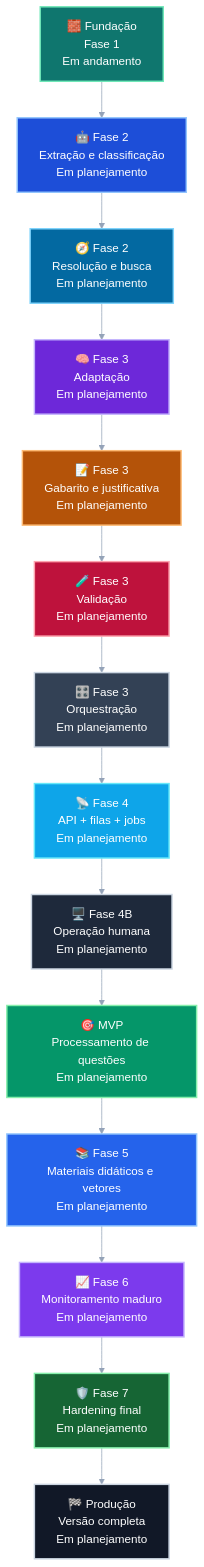
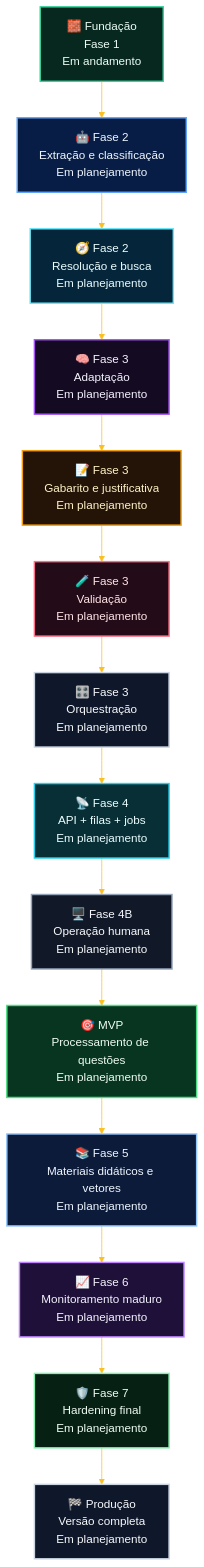
Before and after one commit to matheusdiamantino-betalent/IA: the sixth of 9 diagrams in README.md, drawn with Mermaid. The commit also changed other lines of this file, not shown here.

````diff
--- a/README.md
+++ b/README.md
@@ -791,73 +819,45 @@
 ```mermaid
-%%{init: {
-  "theme": "base",
-  "themeVariables": {
-    "background": "#06121f",
-    "primaryColor": "#0f172a",
-    "primaryTextColor": "#e5eefb",
-    "primaryBorderColor": "#f59e0b",
-    "secondaryColor": "#111827",
-    "secondaryTextColor": "#e5eefb",
-    "tertiaryColor": "#0b1220",
-    "tertiaryTextColor": "#e5eefb",
-    "lineColor": "#94a3b8"
-  }
-}}%%
+%%{init: {'theme':'base','themeVariables': {
+  'background':'#020617',
+  'primaryColor':'#081120',
+  'primaryTextColor':'#e5eefb',
+  'primaryBorderColor':'#f59e0b',
+  'lineColor':'#fbbf24',
+  'secondaryColor':'#0b1220',
+  'secondaryTextColor':'#e5eefb',
+  'tertiaryColor':'#111827',
+  'tertiaryTextColor':'#e5eefb',
+  'clusterBkg':'#040816',
+  'clusterBorder':'#8b5cf6',
+  'fontFamily':'Inter, Segoe UI, Arial'
+}}}%%
 flowchart TD
-    START["🧱 Fundação
-Fase 1
-Em andamento"] --> A["🤖 Fase 2
-Extração e classificação
-Em planejamento"]
-    A --> B["🧭 Fase 2
-Resolução e busca
-Em planejamento"]
-    B --> C["🧠 Fase 3
-Adaptação
-Em planejamento"]
-    C --> D["📝 Fase 3
-Gabarito e justificativa
-Em planejamento"]
-    D --> E["🧪 Fase 3
-Validação
-Em planejamento"]
-    E --> F["🎛️ Fase 3
-Orquestração
-Em planejamento"]
-    F --> G["📡 Fase 4
-API + filas + jobs
-Em planejamento"]
-    G --> H["🖥️ Fase 4B
-Operação humana
-Em planejamento"]
-    H --> I["🎯 MVP
-Processamento de questões
-Em planejamento"]
-    I --> J["📚 Fase 5
-Materiais didáticos e vetores
-Em planejamento"]
-    J --> K["📈 Fase 6
-Monitoramento maduro
-Em planejamento"]
-    K --> L["🛡️ Fase 7
-Hardening final
-Em planejamento"]
-    L --> M["🏁 Produção
-Versão completa
-Em planejamento"]
+    START["🧱 Fundação<br/>Fase 1<br/>Em andamento"] --> A["🤖 Fase 2<br/>Extração e classificação<br/>Em planejamento"]
+    A --> B["🧭 Fase 2<br/>Resolução e busca<br/>Em planejamento"]
+    B --> C["🧠 Fase 3<br/>Adaptação<br/>Em planejamento"]
+    C --> D["📝 Fase 3<br/>Gabarito e justificativa<br/>Em planejamento"]
+    D --> E["🧪 Fase 3<br/>Validação<br/>Em planejamento"]
+    E --> F["🎛️ Fase 3<br/>Orquestração<br/>Em planejamento"]
+    F --> G["📡 Fase 4<br/>API + filas + jobs<br/>Em planejamento"]
+    G --> H["🖥️ Fase 4B<br/>Operação humana<br/>Em planejamento"]
+    H --> I["🎯 MVP<br/>Processamento de questões<br/>Em planejamento"]
+    I --> J["📚 Fase 5<br/>Materiais didáticos e vetores<br/>Em planejamento"]
+    J --> K["📈 Fase 6<br/>Monitoramento maduro<br/>Em planejamento"]
+    K --> L["🛡️ Fase 7<br/>Hardening final<br/>Em planejamento"]
+    L --> M["🏁 Produção<br/>Versão completa<br/>Em planejamento"]
 
-    style START fill:#0f766e,stroke:#6ee7b7,stroke-width:2px,color:#ffffff
-    style A fill:#1d4ed8,stroke:#93c5fd,stroke-width:2px,color:#ffffff
-    style B fill:#0369a1,stroke:#7dd3fc,stroke-width:2px,color:#ffffff
-    style C fill:#6d28d9,stroke:#c4b5fd,stroke-width:2px,color:#ffffff
-    style D fill:#b45309,stroke:#fdba74,stroke-width:2px,color:#ffffff
-    style E fill:#be123c,stroke:#fda4af,stroke-width:2px,color:#ffffff
-    style F fill:#334155,stroke:#cbd5e1,stroke-width:2px,color:#ffffff
-    style G fill:#0ea5e9,stroke:#67e8f9,stroke-width:2px,color:#ffffff
-    style H fill:#1e293b,stroke:#cbd5e1,stroke-width:2px,color:#ffffff
-    style I fill:#059669,stroke:#86efac,stroke-width:2px,color:#ffffff
-    style J fill:#2563eb,stroke:#93c5fd,stroke-width:2px,color:#ffffff
-    style K fill:#7c3aed,stroke:#c4b5fd,stroke-width:2px,color:#ffffff
-    style L fill:#166534,stroke:#86efac,stroke-width:2px,color:#ffffff
-    style M fill:#111827,stroke:#cbd5e1,stroke-width:2px,color:#ffffff
+    style START fill:#06281f,stroke:#34d399,stroke-width:2px,color:#ecfdf5
+    style A fill:#081d46,stroke:#60a5fa,stroke-width:2px,color:#eff6ff
+    style B fill:#05263a,stroke:#67e8f9,stroke-width:2px,color:#ecfeff
+    style C fill:#140b22,stroke:#a855f7,stroke-width:2px,color:#f5f3ff
+    style D fill:#241408,stroke:#f59e0b,stroke-width:2px,color:#fef3c7
+    style E fill:#240b18,stroke:#fb7185,stroke-width:2px,color:#ffe4e6
+    style F fill:#0f172a,stroke:#cbd5e1,stroke-width:2px,color:#f8fafc
+    style G fill:#082f36,stroke:#22d3ee,stroke-width:2px,color:#ecfeff
+    style H fill:#111827,stroke:#94a3b8,stroke-width:2px,color:#f8fafc
+    style I fill:#07351f,stroke:#4ade80,stroke-width:2px,color:#f0fdf4
+    style J fill:#0d1b3a,stroke:#93c5fd,stroke-width:2px,color:#eff6ff
+    style K fill:#1e1038,stroke:#c084fc,stroke-width:2px,color:#f5f3ff
+    style L fill:#072014,stroke:#86efac,stroke-width:2px,color:#f0fdf4
+    style M fill:#0f172a,stroke:#cbd5e1,stroke-width:2px,color:#f8fafc
 ```
````
